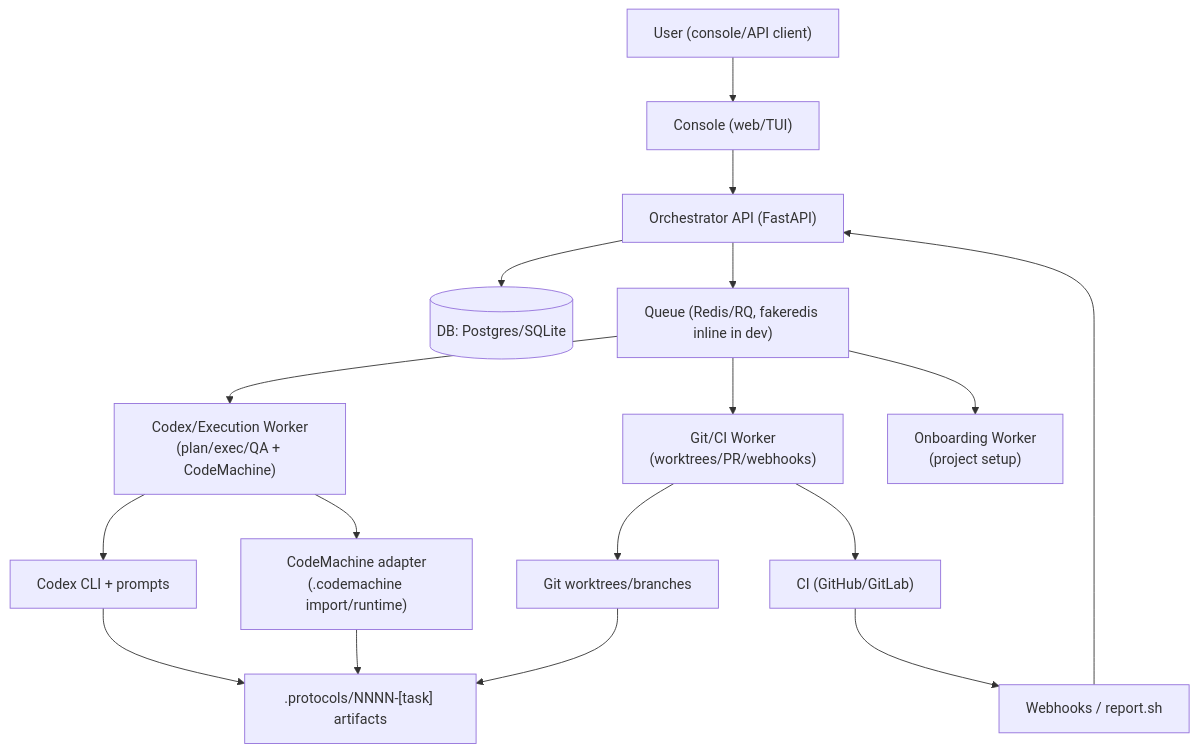
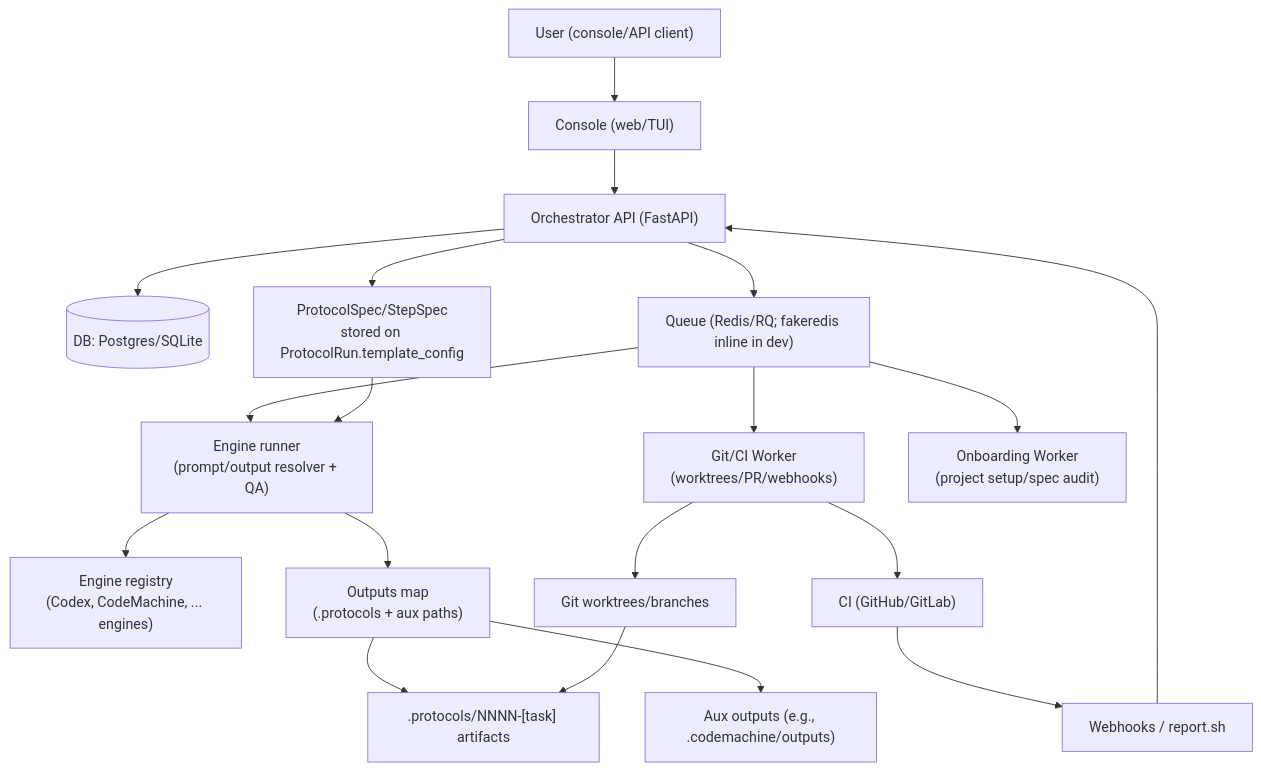
The first of 4 diagrams in README.md (ilyafedotov-ops/dev-pipeline), drawn with Mermaid before and after one commit. The commit also changed other lines of this file and 3 other files, not shown here.

Commit message:
docs: align diagrams with unified agent workflow

````diff
--- a/README.md
+++ b/README.md
@@ -136,19 +136,21 @@
 ```mermaid
 graph TD
   U["User (console/API client)"] --> Console["Console (web/TUI)"]
   Console --> API["Orchestrator API (FastAPI)"]
   API --> DB[(DB: Postgres/SQLite)]
-  API --> Queue["Queue (Redis/RQ, fakeredis inline in dev)"]
-  Queue --> CW["Codex/Execution Worker\n(plan/exec/QA + CodeMachine)"]
+  API --> Queue["Queue (Redis/RQ; fakeredis inline in dev)"]
+  API --> Spec["ProtocolSpec/StepSpec\nstored on ProtocolRun.template_config"]
+  Queue --> Runner["Engine runner\n(prompt/output resolver + QA)"]
+  Runner --> Registry["Engine registry\n(Codex, CodeMachine, ... engines)"]
+  Runner --> Outputs["Outputs map\n(.protocols + aux paths)"]
+  Outputs --> Prot[".protocols/NNNN-[task] artifacts"]
+  Outputs --> Aux["Aux outputs (e.g., .codemachine/outputs)"]
   Queue --> GW["Git/CI Worker\n(worktrees/PR/webhooks)"]
-  Queue --> OW["Onboarding Worker\n(project setup)"]
-  CW --> Codex["Codex CLI + prompts"]
-  CW --> CM["CodeMachine adapter\n(.codemachine import/runtime)"]
-  Codex --> Prot[".protocols/NNNN-[task] artifacts"]
-  CM --> Prot
+  Queue --> OW["Onboarding Worker\n(project setup/spec audit)"]
   GW --> Git["Git worktrees/branches"]
   GW --> CI["CI (GitHub/GitLab)"]
   CI --> Webhooks["Webhooks / report.sh"]
   Webhooks --> API
+  Spec --> Runner
   Git --> Prot
 ```
````
